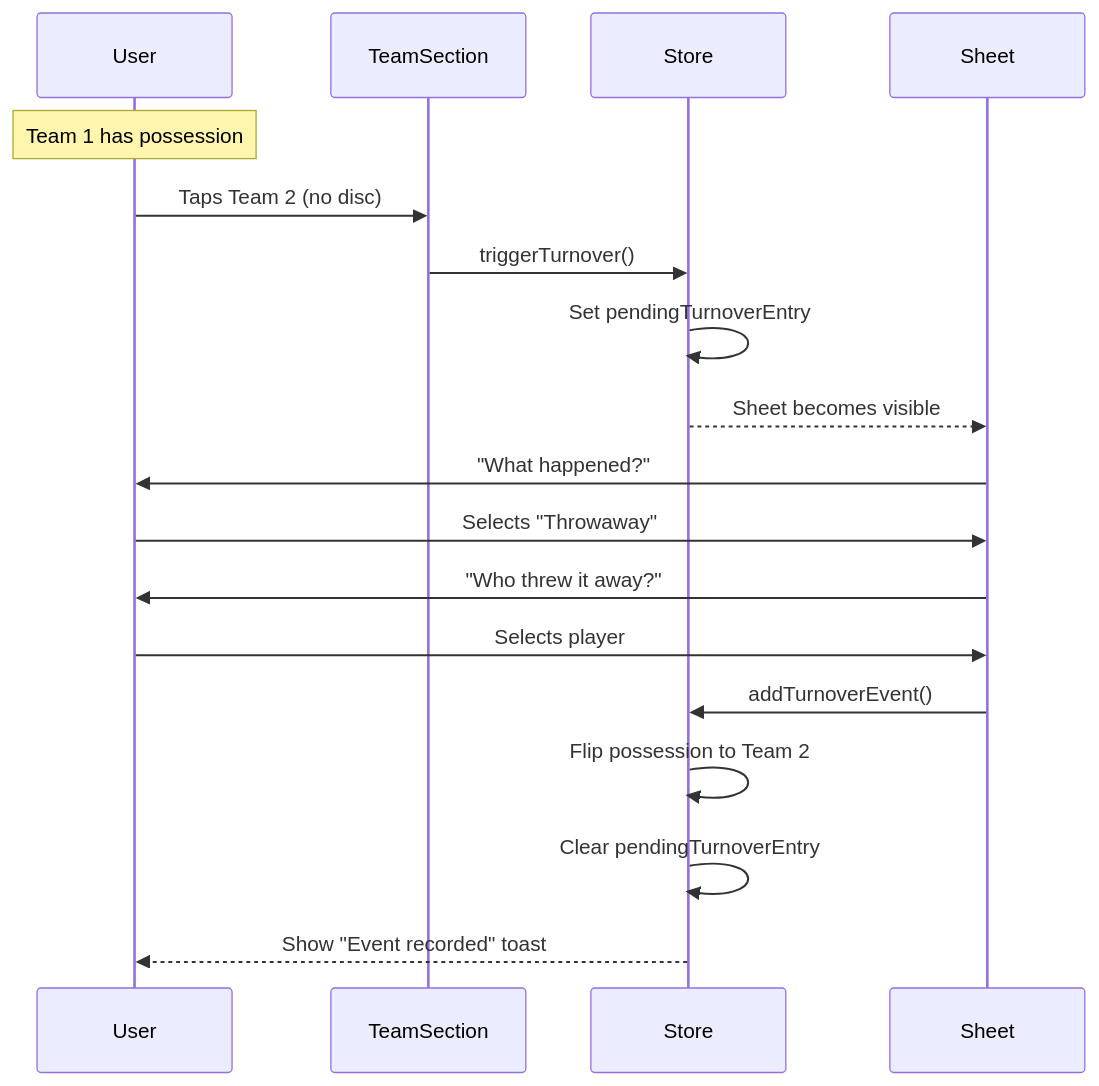
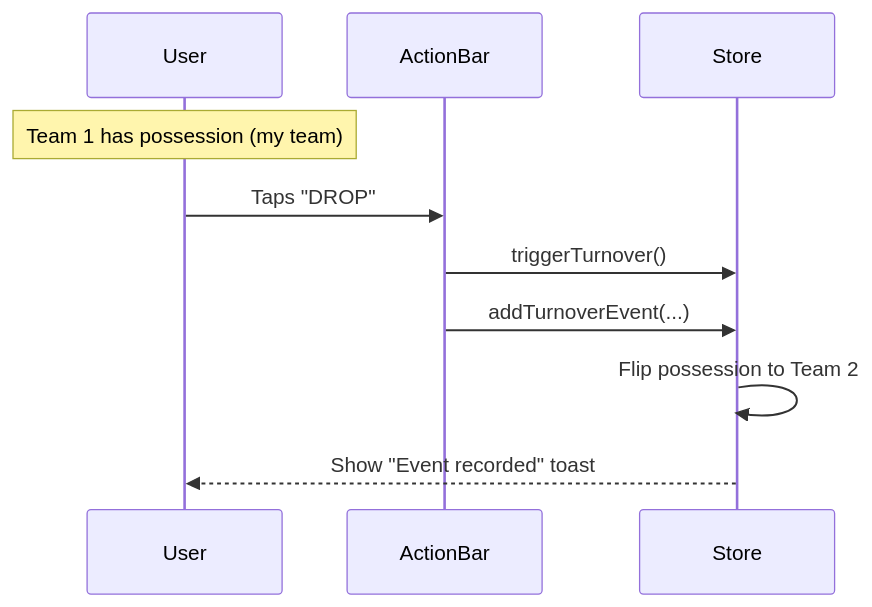
Before and after one commit to DanLang1/ultimatestats: the second of 4 diagrams in docs/turnover-tracking.md, drawn with Mermaid. The commit also changed other lines of this file and 14 other files, not shown here.

````diff
--- a/docs/turnover-tracking.md
+++ b/docs/turnover-tracking.md
@@ -78,21 +79,13 @@
 ```mermaid
 sequenceDiagram
     participant User
-    participant TeamSection
+    participant ActionBar
     participant Store
-    participant Sheet
 
-    Note over User: Team 1 has possession
-    User->>TeamSection: Taps Team 2 (no disc)
-    TeamSection->>Store: triggerTurnover()
-    Store->>Store: Set pendingTurnoverEntry
-    Store-->>Sheet: Sheet becomes visible
-    Sheet->>User: "What happened?"
-    User->>Sheet: Selects "Throwaway"
-    Sheet->>User: "Who threw it away?"
-    User->>Sheet: Selects player
-    Sheet->>Store: addTurnoverEvent()
+    Note over User: Team 1 has possession (my team)
+    User->>ActionBar: Taps "DROP"
+    ActionBar->>Store: triggerTurnover()
+    ActionBar->>Store: addTurnoverEvent(...)
     Store->>Store: Flip possession to Team 2
-    Store->>Store: Clear pendingTurnoverEntry
     Store-->>User: Show "Event recorded" toast
 ```
````
